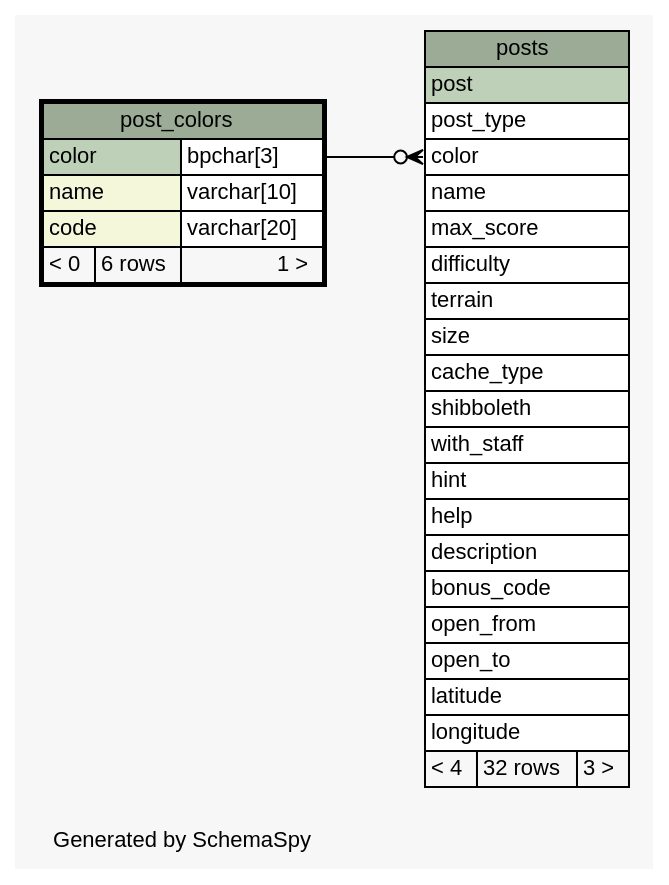
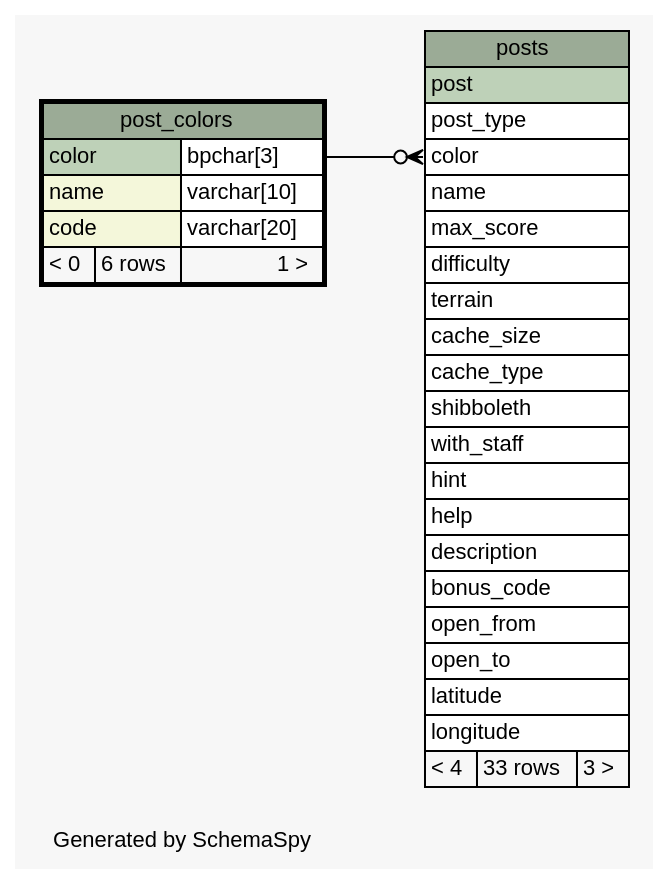
Before and after one commit to xmarwin/brazda: the diagram in Brazda/doc/db/diagrams/post_colors.1degree.dot, drawn with Graphviz. The commit also changed 100 other files, not shown here.

```diff
--- a/Brazda/doc/db/diagrams/post_colors.1degree.dot
+++ b/Brazda/doc/db/diagrams/post_colors.1degree.dot
@@ -1,63 +1,63 @@
 // dot 2.40.1 on Linux 4.11.5-gentoo
 // SchemaSpy rev 590
 digraph "oneDegreeRelationshipsDiagram" {
   graph [
     rankdir="RL"
     bgcolor="#f7f7f7"
     label="\nGenerated by SchemaSpy"
     labeljust="l"
     nodesep="0.18"
     ranksep="0.46"
     fontname="Helvetica"
     fontsize="11"
   ];
   node [
     fontname="Helvetica"
     fontsize="11"
     shape="plaintext"
   ];
   edge [
     arrowsize="0.8"
   ];
   "posts":"color":w -> "post_colors":"color.type":e [arrowhead=none dir=back arrowtail=crowodot];
   "post_colors" [
     label=<
     <TABLE BORDER="2" CELLBORDER="1" CELLSPACING="0" BGCOLOR="#ffffff">
       <TR><TD COLSPAN="3" BGCOLOR="#9bab96" ALIGN="CENTER">post_colors</TD></TR>
       <TR><TD PORT="color" COLSPAN="2" BGCOLOR="#bed1b8" ALIGN="LEFT">color</TD><TD PORT="color.type" ALIGN="LEFT">bpchar[3]</TD></TR>
       <TR><TD PORT="name" COLSPAN="2" BGCOLOR="#f4f7da" ALIGN="LEFT">name</TD><TD PORT="name.type" ALIGN="LEFT">varchar[10]</TD></TR>
       <TR><TD PORT="code" COLSPAN="2" BGCOLOR="#f4f7da" ALIGN="LEFT">code</TD><TD PORT="code.type" ALIGN="LEFT">varchar[20]</TD></TR>
       <TR><TD ALIGN="LEFT" BGCOLOR="#f7f7f7">&lt; 0</TD><TD ALIGN="RIGHT" BGCOLOR="#f7f7f7">6 rows</TD><TD ALIGN="RIGHT" BGCOLOR="#f7f7f7">1 &gt;</TD></TR>
     </TABLE>>
     URL="post_colors.html"
     tooltip="post_colors"
   ];
   "posts" [
     label=<
     <TABLE BORDER="0" CELLBORDER="1" CELLSPACING="0" BGCOLOR="#ffffff">
       <TR><TD COLSPAN="3" BGCOLOR="#9bab96" ALIGN="CENTER">posts</TD></TR>
       <TR><TD PORT="post" COLSPAN="3" BGCOLOR="#bed1b8" ALIGN="LEFT">post</TD></TR>
       <TR><TD PORT="post_type" COLSPAN="3" ALIGN="LEFT">post_type</TD></TR>
       <TR><TD PORT="color" COLSPAN="3" ALIGN="LEFT">color</TD></TR>
       <TR><TD PORT="name" COLSPAN="3" ALIGN="LEFT">name</TD></TR>
       <TR><TD PORT="max_score" COLSPAN="3" ALIGN="LEFT">max_score</TD></TR>
       <TR><TD PORT="difficulty" COLSPAN="3" ALIGN="LEFT">difficulty</TD></TR>
       <TR><TD PORT="terrain" COLSPAN="3" ALIGN="LEFT">terrain</TD></TR>
-      <TR><TD PORT="size" COLSPAN="3" ALIGN="LEFT">size</TD></TR>
+      <TR><TD PORT="cache_size" COLSPAN="3" ALIGN="LEFT">cache_size</TD></TR>
       <TR><TD PORT="cache_type" COLSPAN="3" ALIGN="LEFT">cache_type</TD></TR>
       <TR><TD PORT="shibboleth" COLSPAN="3" ALIGN="LEFT">shibboleth</TD></TR>
       <TR><TD PORT="with_staff" COLSPAN="3" ALIGN="LEFT">with_staff</TD></TR>
       <TR><TD PORT="hint" COLSPAN="3" ALIGN="LEFT">hint</TD></TR>
       <TR><TD PORT="help" COLSPAN="3" ALIGN="LEFT">help</TD></TR>
       <TR><TD PORT="description" COLSPAN="3" ALIGN="LEFT">description</TD></TR>
       <TR><TD PORT="bonus_code" COLSPAN="3" ALIGN="LEFT">bonus_code</TD></TR>
       <TR><TD PORT="open_from" COLSPAN="3" ALIGN="LEFT">open_from</TD></TR>
       <TR><TD PORT="open_to" COLSPAN="3" ALIGN="LEFT">open_to</TD></TR>
       <TR><TD PORT="latitude" COLSPAN="3" ALIGN="LEFT">latitude</TD></TR>
       <TR><TD PORT="longitude" COLSPAN="3" ALIGN="LEFT">longitude</TD></TR>
-      <TR><TD ALIGN="LEFT" BGCOLOR="#f7f7f7">&lt; 4</TD><TD ALIGN="RIGHT" BGCOLOR="#f7f7f7">32 rows</TD><TD ALIGN="RIGHT" BGCOLOR="#f7f7f7">3 &gt;</TD></TR>
+      <TR><TD ALIGN="LEFT" BGCOLOR="#f7f7f7">&lt; 4</TD><TD ALIGN="RIGHT" BGCOLOR="#f7f7f7">33 rows</TD><TD ALIGN="RIGHT" BGCOLOR="#f7f7f7">3 &gt;</TD></TR>
     </TABLE>>
     URL="posts.html"
     tooltip="posts"
   ];
 }
```
